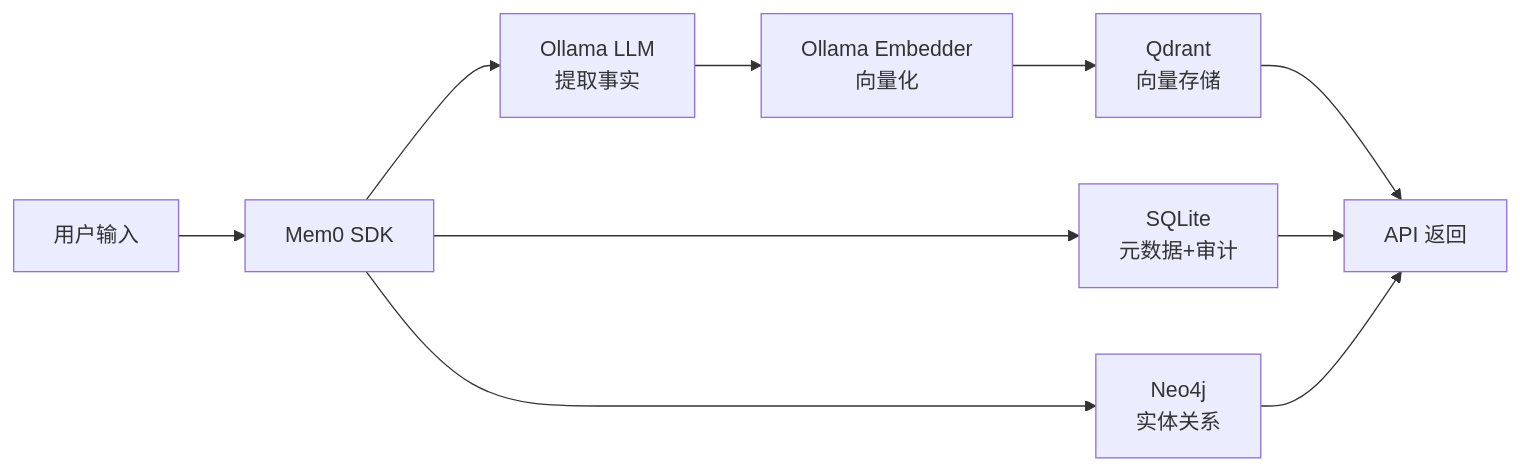
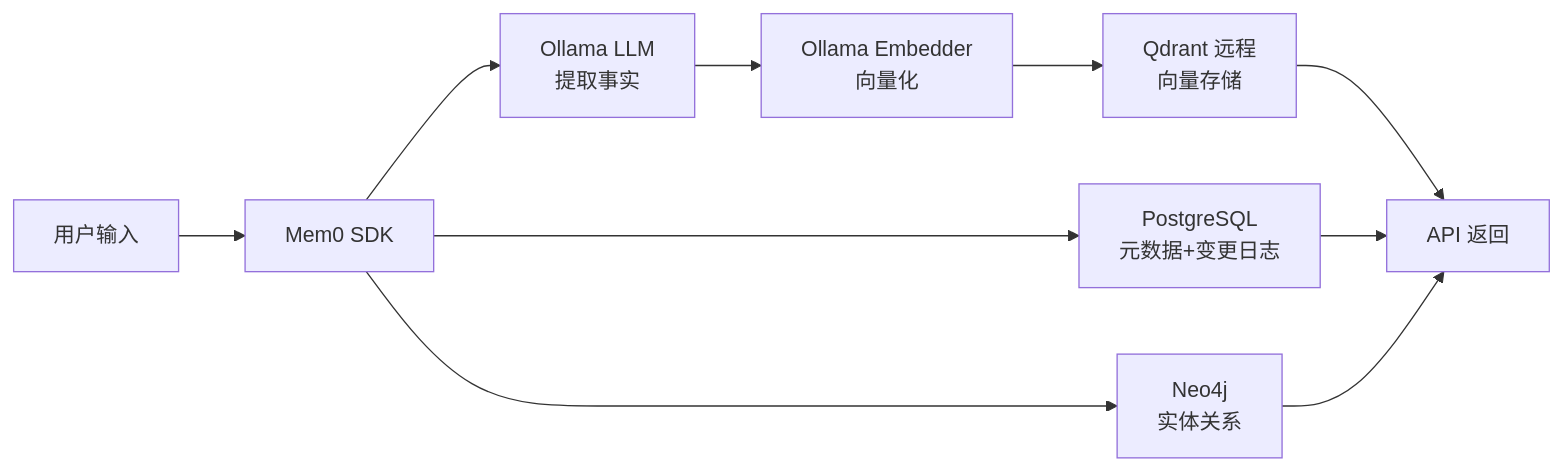
Before and after one commit to mythplus/demo2: the diagram in README.md, drawn with Mermaid. The commit also changed other lines of this file and 2 other files, not shown here.

````diff
--- a/README.md
+++ b/README.md
@@ -76,10 +80,10 @@
 ```mermaid
 graph LR
     A[用户输入] --> B[Mem0 SDK]
     B --> C[Ollama LLM<br/>提取事实]
     C --> D[Ollama Embedder<br/>向量化]
-    D --> E[Qdrant<br/>向量存储]
-    B --> F[SQLite<br/>元数据+审计]
+    D --> E[Qdrant 远程<br/>向量存储]
+    B --> F[PostgreSQL<br/>元数据+变更日志]
     B --> G[Neo4j<br/>实体关系]
     E & F & G --> H[API 返回]
 ```
````
